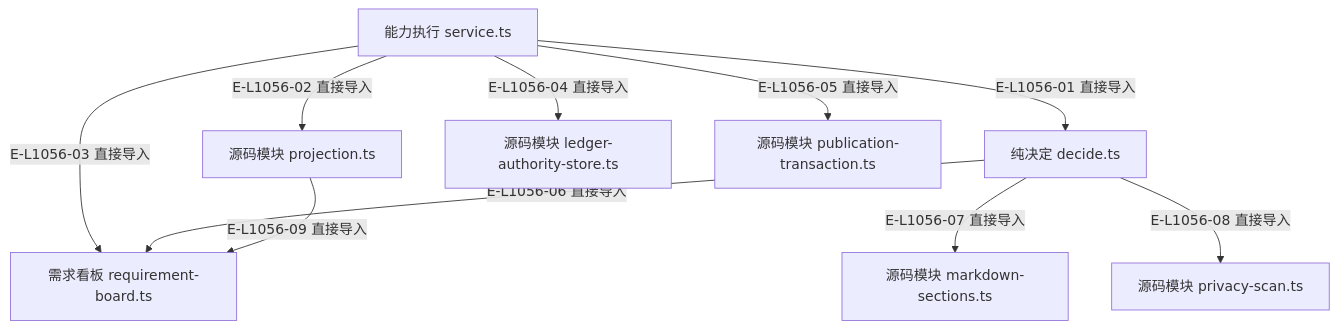
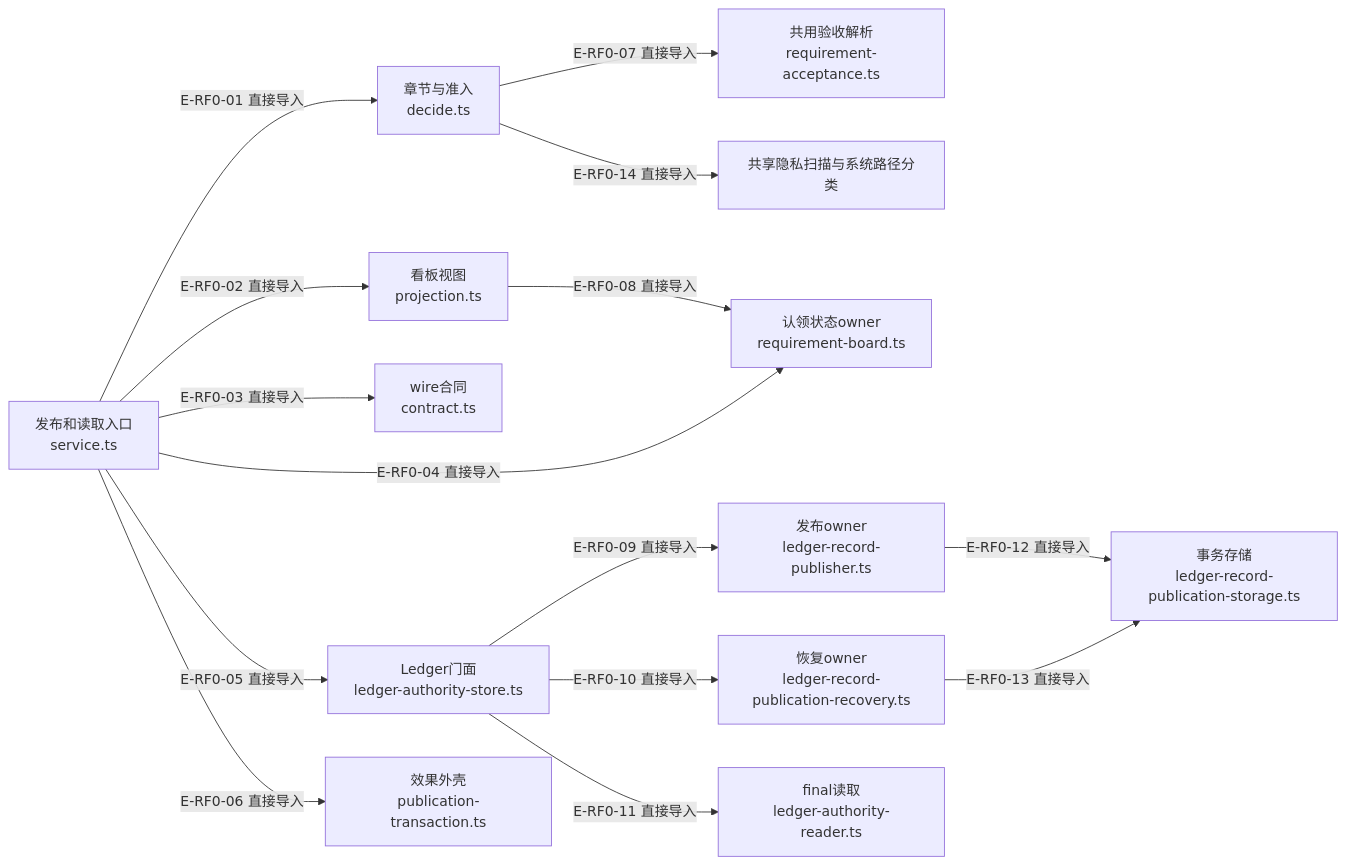
One commit to GxFn/Wakeflow changed the diagram in wakeflow-architecture-atlas/maps/13-requirement/file-dependencies.md. Above: the diagram before and after it, drawn with Mermaid. The commit also changed other lines of this file and 76 other files, not shown here.

First line of the commit message:
docs(atlas): refresh architecture maps for the rc.5 codebase

````diff
--- a/wakeflow-architecture-atlas/maps/13-requirement/file-dependencies.md
+++ b/wakeflow-architecture-atlas/maps/13-requirement/file-dependencies.md
@@ -75,22 +62,32 @@
 ```mermaid
-flowchart TB
-  accTitle: 需求包的精选直接导入
-  accDescr: 需求包所列具体文件之间的直接导入，不把静态依赖解释成运行调用。
-  f1["能力执行 service.ts"]
-  f2["纯决定 decide.ts"]
-  f3["源码模块 projection.ts"]
-  f4["需求看板 requirement-board.ts"]
-  f5["源码模块 ledger-authority-store.ts"]
-  f6["源码模块 markdown-sections.ts"]
-  f7["源码模块 publication-transaction.ts"]
-  f8["源码模块 privacy-scan.ts"]
-  f1 -->|"E-L1056-01 直接导入"| f2
-  f1 -->|"E-L1056-02 直接导入"| f3
-  f1 -->|"E-L1056-03 直接导入"| f4
-  f1 -->|"E-L1056-04 直接导入"| f5
-  f1 -->|"E-L1056-05 直接导入"| f7
-  f2 -->|"E-L1056-06 直接导入"| f4
-  f2 -->|"E-L1056-07 直接导入"| f6
-  f2 -->|"E-L1056-08 直接导入"| f8
-  f3 -->|"E-L1056-09 直接导入"| f4
+flowchart LR
+  accTitle: 需求包：发布、看板与Ledger的静态依赖
+  accDescr: 文件直接import关系的审阅精选视图，运行调用与状态分支在独立页面。
+  f0["发布和读取入口<br/>service.ts"]
+  f1["章节与准入<br/>decide.ts"]
+  f2["看板视图<br/>projection.ts"]
+  f3["wire合同<br/>contract.ts"]
+  f4["认领状态owner<br/>requirement-board.ts"]
+  f5["共用验收解析<br/>requirement-acceptance.ts"]
+  f6["Ledger门面<br/>ledger-authority-store.ts"]
+  f7["发布owner<br/>ledger-record-publisher.ts"]
+  f8["恢复owner<br/>ledger-record-publication-recovery.ts"]
+  f9["final读取<br/>ledger-authority-reader.ts"]
+  f10["事务存储<br/>ledger-record-publication-storage.ts"]
+  f11["效果外壳<br/>publication-transaction.ts"]
+  f12["共享隐私扫描与系统路径分类"]
+  f0 -->|"E-RF0-01 直接导入"| f1
+  f0 -->|"E-RF0-02 直接导入"| f2
+  f0 -->|"E-RF0-03 直接导入"| f3
+  f0 -->|"E-RF0-04 直接导入"| f4
+  f0 -->|"E-RF0-05 直接导入"| f6
+  f0 -->|"E-RF0-06 直接导入"| f11
+  f1 -->|"E-RF0-07 直接导入"| f5
+  f2 -->|"E-RF0-08 直接导入"| f4
+  f6 -->|"E-RF0-09 直接导入"| f7
+  f6 -->|"E-RF0-10 直接导入"| f8
+  f6 -->|"E-RF0-11 直接导入"| f9
+  f7 -->|"E-RF0-12 直接导入"| f10
+  f8 -->|"E-RF0-13 直接导入"| f10
+  f1 -->|"E-RF0-14 直接导入"| f12
 ```
````
